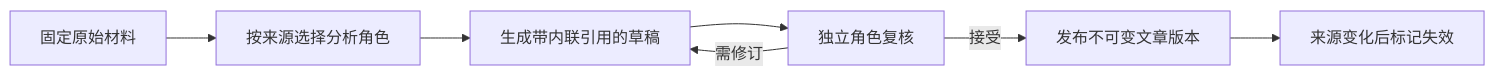
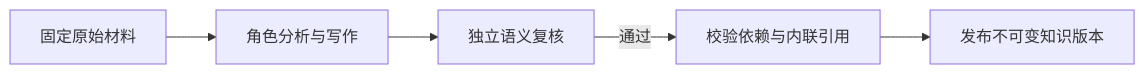
One commit to lejunyang/omem changed the diagram in .repo-review/knowledge/articles/2f86ae461d460808ce726b593c6879fbc61be66d00c6f13a6b8e766d0b6ffd0a.md. Above: the diagram before and after it, drawn with Mermaid. The commit also changed other lines of this file and 234 other files, not shown here.

````diff
--- a/.repo-review/knowledge/articles/2f86ae461d460808ce726b593c6879fbc61be66d00c6f13a6b8e766d0b6ffd0a.md
+++ b/.repo-review/knowledge/articles/2f86ae461d460808ce726b593c6879fbc61be66d00c6f13a6b8e766d0b6ffd0a.md
@@ -17,9 +19,7 @@
 ```mermaid
 flowchart LR
-  A[固定原始材料] --> B[按来源选择分析角色]
-  B --> C[生成带内联引用的草稿]
-  C --> D[独立角色复核]
-  D -->|接受| E[发布不可变文章版本]
-  D -->|需修订| C
-  E --> F[来源变化后标记失效]
+  A[固定原始材料] --> B[角色分析与写作]
+  B --> C[独立语义复核]
+  C -->|通过| D[校验依赖与内联引用]
+  D --> E[发布不可变知识版本]
 ```
````
